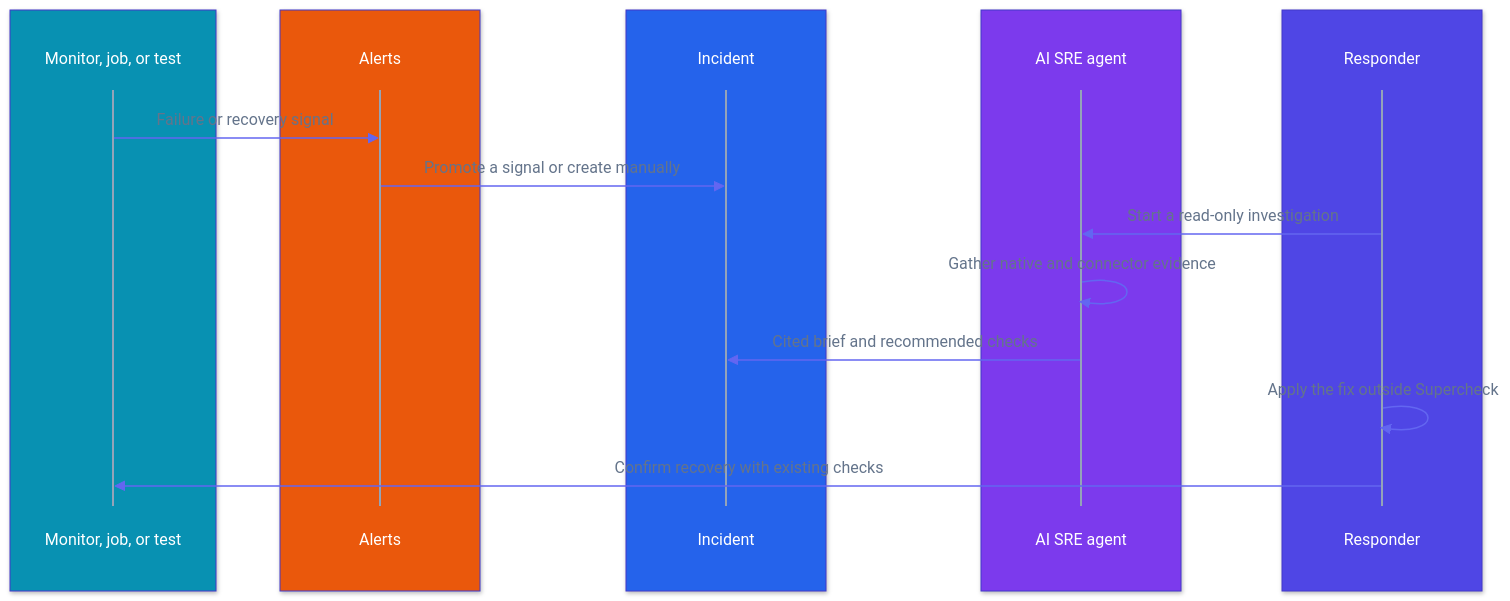
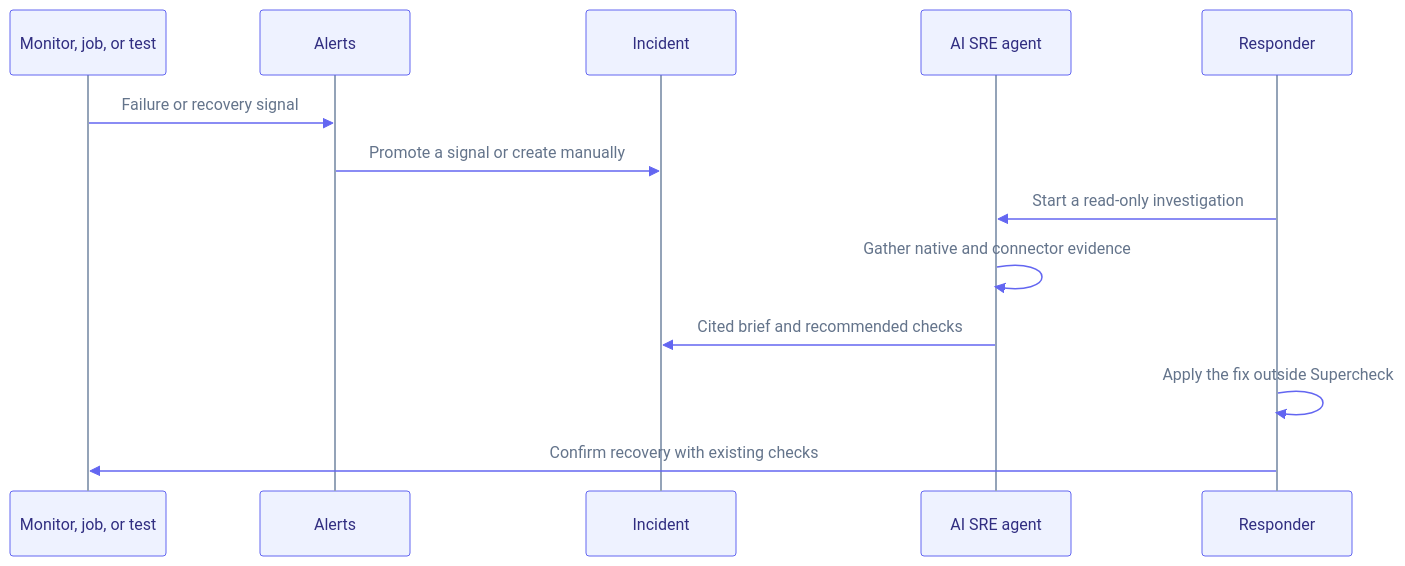
Before and after one commit to supercheck-io/supercheck: the second of 2 diagrams in docs/content/docs/app/investigate/index.mdx, drawn with Mermaid. The commit also changed 11 other files, not shown here.

First line of the commit message:
docs: clean up sequence diagram colors and readability

````diff
--- a/docs/content/docs/app/investigate/index.mdx
+++ b/docs/content/docs/app/investigate/index.mdx
@@ -31,27 +31,17 @@
 ```mermaid
-%%{init: {"theme":"base","themeVariables":{"fontFamily":"ui-sans-serif, system-ui, -apple-system, Segoe UI, Roboto, sans-serif","primaryColor":"#6366f1","primaryTextColor":"#ffffff","primaryBorderColor":"#4338ca","lineColor":"#94a3b8","actorBkg":"transparent","actorBorder":"transparent","actorTextColor":"#ffffff","actorLineColor":"#94a3b8","signalColor":"#6366f1","signalTextColor":"#64748b","labelBoxBkgColor":"#d97706","labelBoxBorderColor":"#b45309","labelTextColor":"#ffffff","loopTextColor":"#64748b","activationBkgColor":"#7c3aed","activationBorderColor":"#6d28d9","noteBkgColor":"#d97706","noteBorderColor":"#b45309","noteTextColor":"#ffffff","textColor":"#64748b","mainBkg":"#ffffff"}}}%%
+%%{init: {"theme":"base","themeVariables":{"fontFamily":"ui-sans-serif, system-ui, -apple-system, Segoe UI, Roboto, sans-serif","actorBkg":"#eef2ff","actorBorder":"#6366f1","actorTextColor":"#312e81","actorLineColor":"#94a3b8","signalColor":"#6366f1","signalTextColor":"#64748b","labelBoxBkgColor":"#fef3c7","labelBoxBorderColor":"#d97706","labelTextColor":"#78350f","loopTextColor":"#64748b","activationBkgColor":"#ddd6fe","activationBorderColor":"#7c3aed","noteBkgColor":"#fef3c7","noteBorderColor":"#d97706","noteTextColor":"#78350f","textColor":"#64748b","lineColor":"#94a3b8","mainBkg":"transparent"}}}%%
 sequenceDiagram
-    box rgb(8,145,178)
-        participant Check as Monitor, job, or test
-    end
-    box rgb(234,88,12)
-        participant Alert as Alerts
-    end
-    box rgb(37,99,235)
-        participant Incident as Incident
-    end
-    box rgb(124,58,237)
-        participant Agent as AI SRE agent
-    end
-    box rgb(79,70,229)
-        participant Human as Responder
-    end
+    participant Check as Monitor, job, or test
+    participant Alert as Alerts
+    participant Incident as Incident
+    participant Agent as AI SRE agent
+    participant Human as Responder
 
     Check->>Alert: Failure or recovery signal
     Alert->>Incident: Promote a signal or create manually
     Human->>Agent: Start a read-only investigation
     Agent->>Agent: Gather native and connector evidence
     Agent->>Incident: Cited brief and recommended checks
     Human->>Human: Apply the fix outside Supercheck
     Human->>Check: Confirm recovery with existing checks
 ```
````
